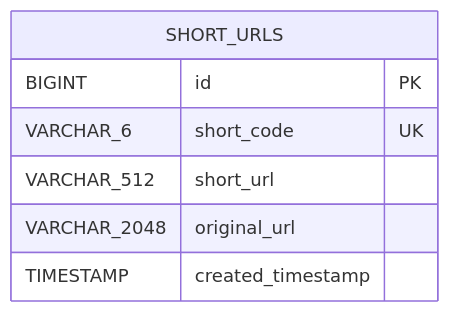
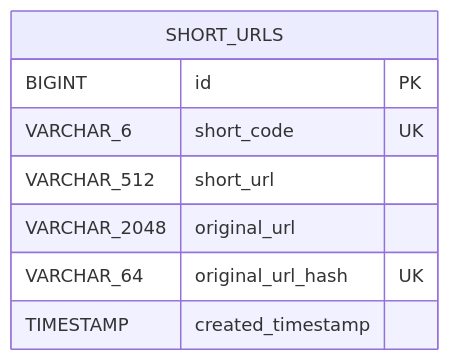
Before and after one commit to Kizi061/url_shortener: the third of 5 diagrams in docs/SYSTEM_DESIGN.md, drawn with Mermaid. The commit also changed other lines of this file and 10 other files, not shown here.

Commit message:
Add hash code to prevent duplicate url entry

````diff
--- a/docs/SYSTEM_DESIGN.md
+++ b/docs/SYSTEM_DESIGN.md
@@ -150,10 +152,11 @@
 ```mermaid
 erDiagram
     SHORT_URLS {
         BIGINT id PK
         VARCHAR_6 short_code UK
         VARCHAR_512 short_url
         VARCHAR_2048 original_url
+        VARCHAR_64 original_url_hash UK
         TIMESTAMP created_timestamp
     }
 ```
````
